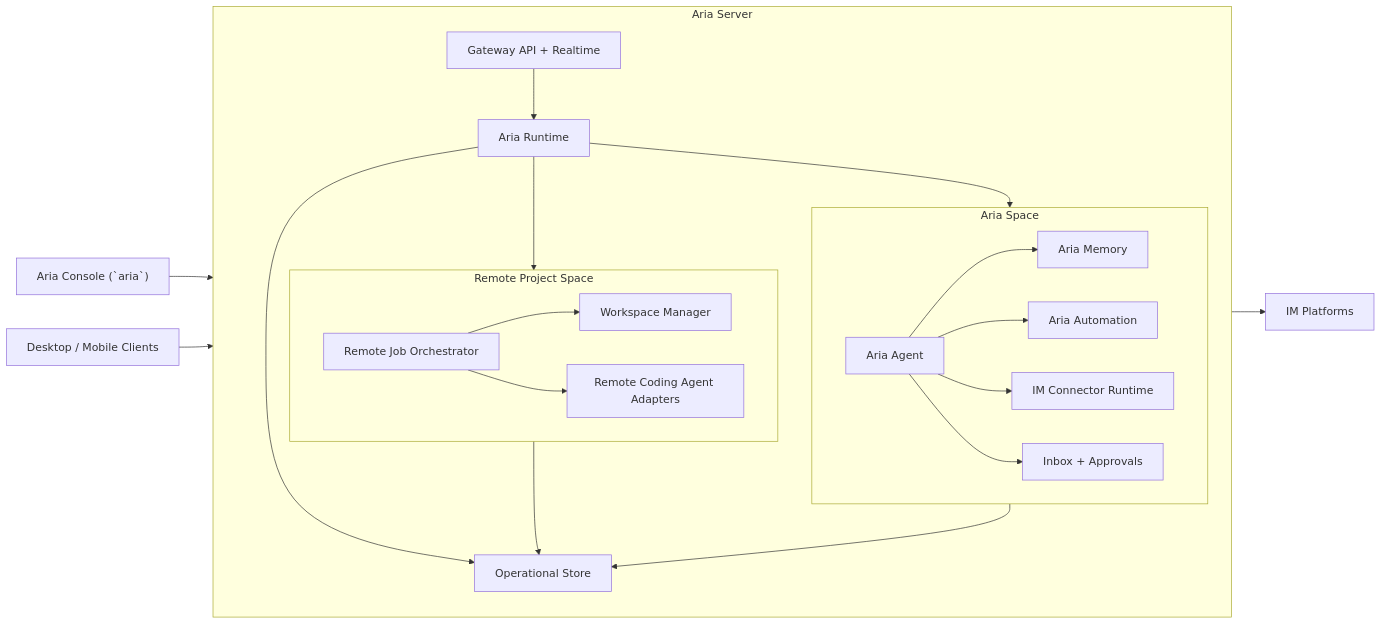
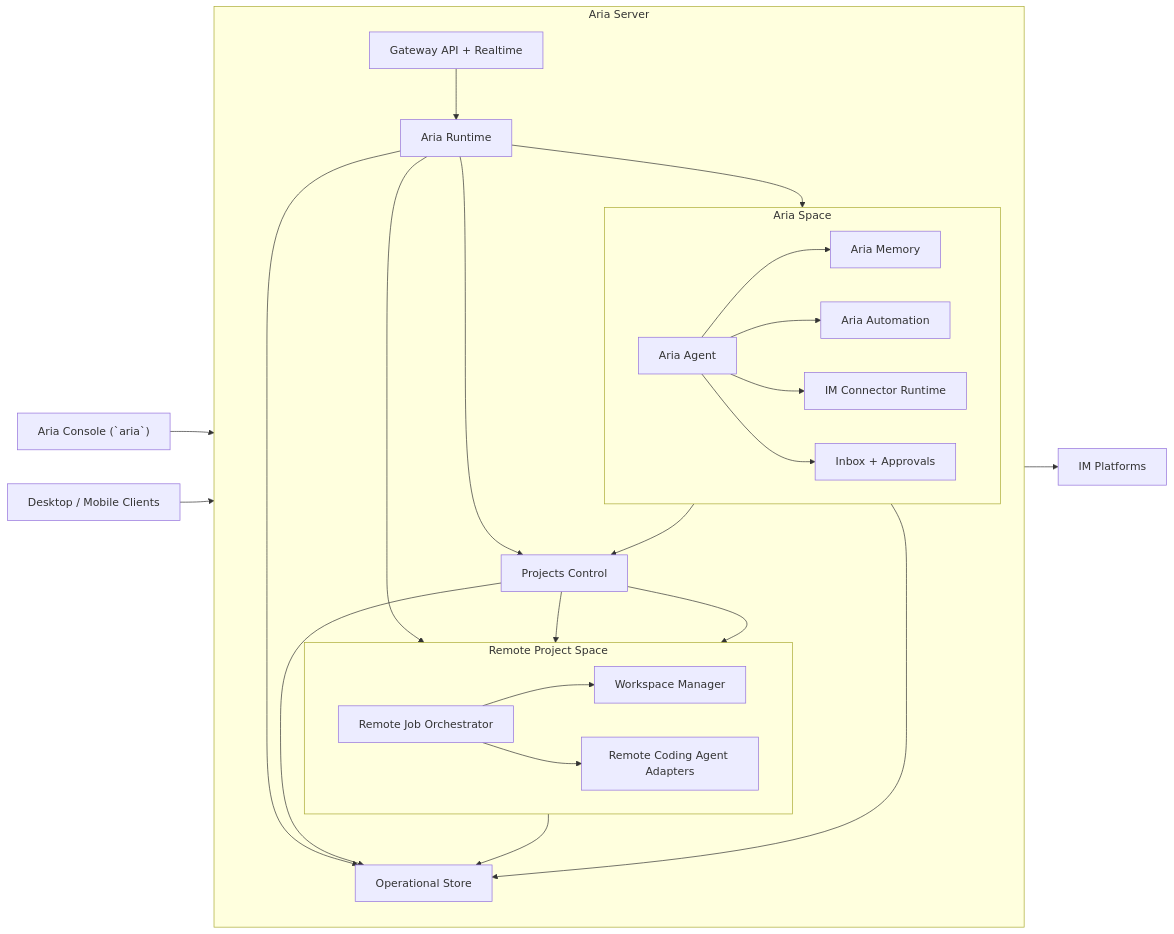
The diagram in docs/new-architecture/server.md (sichengchen/esperta-aria), drawn with Mermaid before and after one commit. The commit also changed other lines of this file and 6 other files, not shown here.

Commit message:
docs: refine target-state architecture model

````diff
--- a/docs/new-architecture/server.md
+++ b/docs/new-architecture/server.md
@@ -9,50 +9,56 @@
 ```mermaid
 flowchart LR
     Console["Aria Console (`aria`)"]
     Clients["Desktop / Mobile Clients"]
     IM["IM Platforms"]
 
     subgraph Server["Aria Server"]
         direction TB
         Gateway["Gateway API + Realtime"]
         Runtime["Aria Runtime"]
+        Projects["Projects Control"]
 
         subgraph AriaSpace["Aria Space"]
             direction LR
             AriaAgent["Aria Agent"]
             Memory["Aria Memory"]
             Automation["Aria Automation"]
             Connectors["IM Connector Runtime"]
             Inbox["Inbox + Approvals"]
         end
 
         subgraph RemoteSpace["Remote Project Space"]
             direction LR
             Jobs["Remote Job Orchestrator"]
             Workspaces["Workspace Manager"]
             Coding["Remote Coding Agent Adapters"]
         end
 
         Store["Operational Store"]
     end
 
     Console --> AriaAgent
     Clients --> Gateway
     Gateway --> Runtime
 
     Runtime --> AriaAgent
+    Runtime --> Projects
     Runtime --> Jobs
     Runtime --> Store
 
     AriaAgent --> Memory
     AriaAgent --> Automation
     AriaAgent --> Connectors
     AriaAgent --> Inbox
+    AriaAgent --> Projects
     AriaAgent --> Store
 
+    Projects --> Workspaces
+    Projects --> Jobs
+    Projects --> Store
     Jobs --> Workspaces
     Jobs --> Coding
     Jobs --> Store
 
     Connectors --> IM
 ```
````
